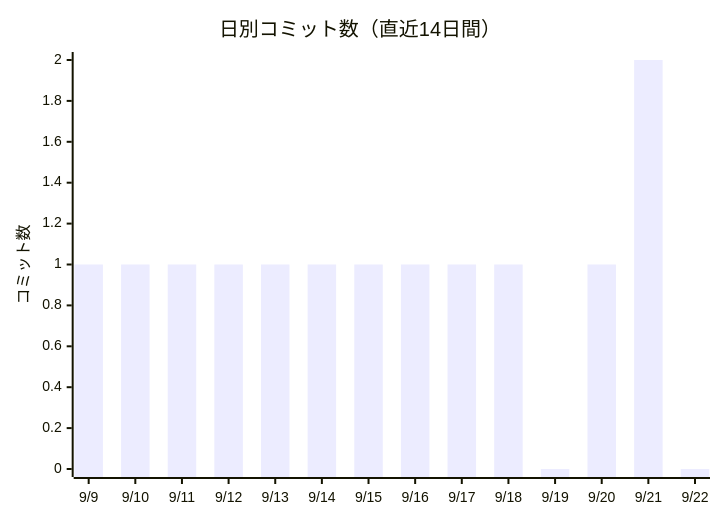
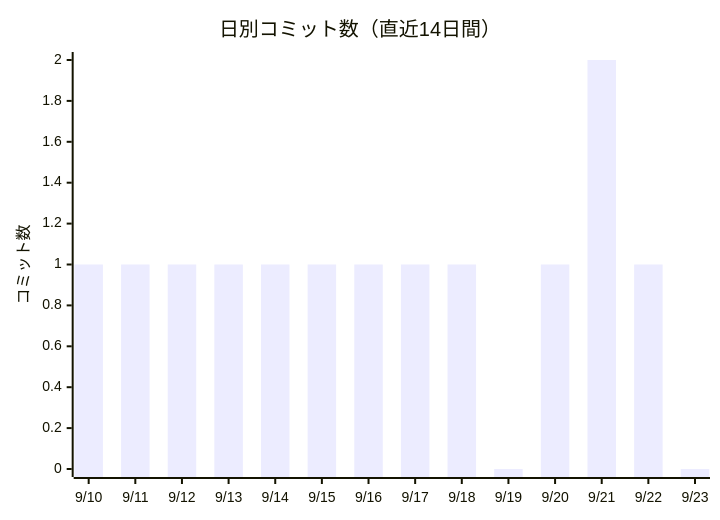
Before and after one commit to non-x2/non-x2: the first of 2 diagrams in docs/進化レポート.md, drawn with Mermaid. The commit also changed other lines of this file and 1 other file, not shown here.

````diff
--- a/docs/進化レポート.md
+++ b/docs/進化レポート.md
@@ -23,7 +23,7 @@
 ```mermaid
 xychart-beta
     title "日別コミット数（直近14日間）"
-    x-axis ["9/9", "9/10", "9/11", "9/12", "9/13", "9/14", "9/15", "9/16", "9/17", "9/18", "9/19", "9/20", "9/21", "9/22"]
+    x-axis ["9/10", "9/11", "9/12", "9/13", "9/14", "9/15", "9/16", "9/17", "9/18", "9/19", "9/20", "9/21", "9/22", "9/23"]
     y-axis "コミット数"
-    bar [1, 1, 1, 1, 1, 1, 1, 1, 1, 1, 0, 1, 2, 0]
+    bar [1, 1, 1, 1, 1, 1, 1, 1, 1, 0, 1, 2, 1, 0]
 ```
````
